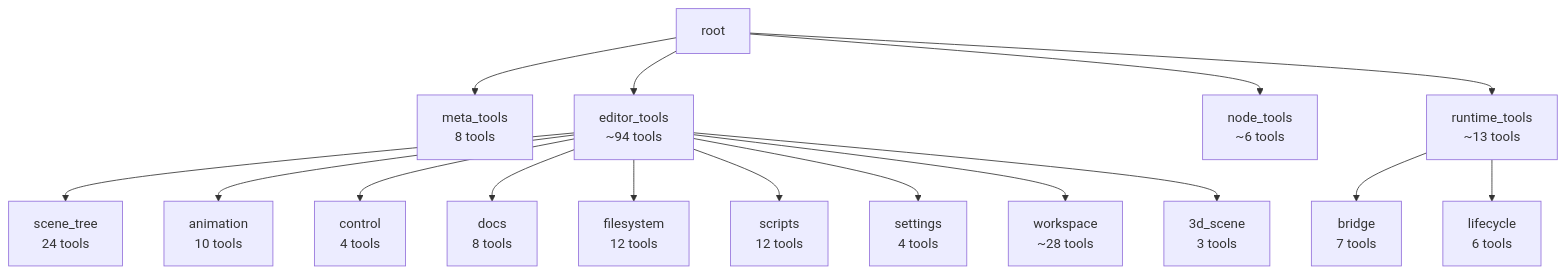
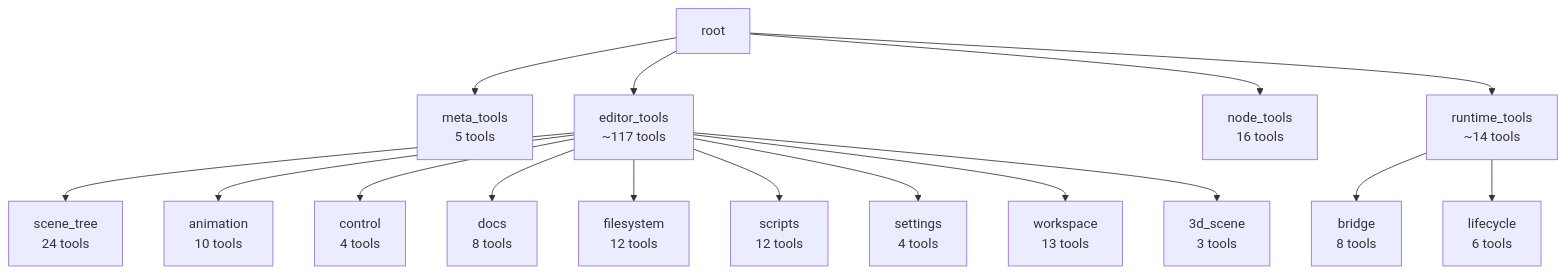
Before and after one commit to jesspig/GodotMCP-GDExtension: the fourth of 5 diagrams in .repo_wiki/modules/handler-registry.md, drawn with Mermaid. The commit also changed other lines of this file and 41 other files, not shown here.

````diff
--- a/.repo_wiki/modules/handler-registry.md
+++ b/.repo_wiki/modules/handler-registry.md
@@ -169,18 +166,18 @@
 ```mermaid
 graph TD
-    ROOT["root"] --> META["meta_tools<br/>8 tools"]
-    ROOT --> EDITOR["editor_tools<br/>~94 tools"]
-    ROOT --> NODE["node_tools<br/>~6 tools"]
-    ROOT --> RUNTIME["runtime_tools<br/>~13 tools"]
+    ROOT["root"] --> META["meta_tools<br/>5 tools"]
+    ROOT --> EDITOR["editor_tools<br/>~117 tools"]
+    ROOT --> NODE["node_tools<br/>16 tools"]
+    ROOT --> RUNTIME["runtime_tools<br/>~14 tools"]
     EDITOR --> SCENE["scene_tree<br/>24 tools"]
     EDITOR --> ANIM["animation<br/>10 tools"]
     EDITOR --> CONTROL["control<br/>4 tools"]
     EDITOR --> DOCS["docs<br/>8 tools"]
     EDITOR --> FS["filesystem<br/>12 tools"]
     EDITOR --> SCRIPT["scripts<br/>12 tools"]
     EDITOR --> SETTINGS["settings<br/>4 tools"]
-    EDITOR --> WORKSPACE["workspace<br/>~28 tools"]
+    EDITOR --> WORKSPACE["workspace<br/>13 tools"]
     EDITOR --> _3D["3d_scene<br/>3 tools"]
-    RUNTIME --> BRIDGE["bridge<br/>7 tools"]
+    RUNTIME --> BRIDGE["bridge<br/>8 tools"]
     RUNTIME --> LIFE["lifecycle<br/>6 tools"]
 ```
````
